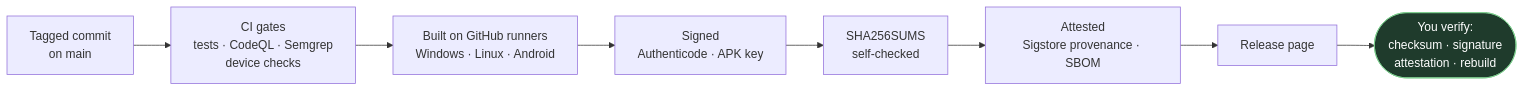
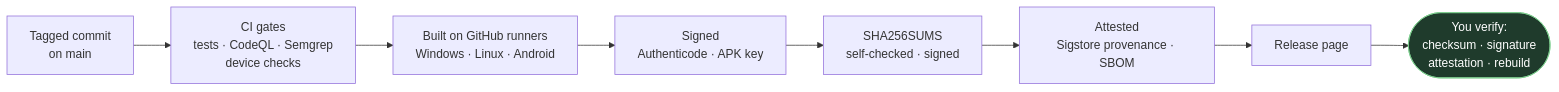
Before and after one commit to thefear078/Phobia-Wallet: the first of 3 diagrams in README.md, drawn with Mermaid. The commit also changed other lines of this file and 19 other files, not shown here.

````diff
--- a/README.md
+++ b/README.md
@@ -183,12 +191,12 @@
 ```mermaid
 flowchart LR
     A["Tagged commit<br/>on main"] --> B["CI gates<br/>tests · CodeQL · Semgrep<br/>device checks"]
     B --> C["Built on GitHub runners<br/>Windows · Linux · Android"]
     C --> D["Signed<br/>Authenticode · APK key"]
-    D --> E["SHA256SUMS<br/>self-checked"]
+    D --> E["SHA256SUMS<br/>self-checked · signed"]
     E --> F["Attested<br/>Sigstore provenance · SBOM"]
     F --> G["Release page"]
     G --> H(["You verify:<br/>checksum · signature<br/>attestation · rebuild"])
     classDef you fill:#1F3B2C,stroke:#7DCF8F,color:#fff
     class H you
 ```
````
